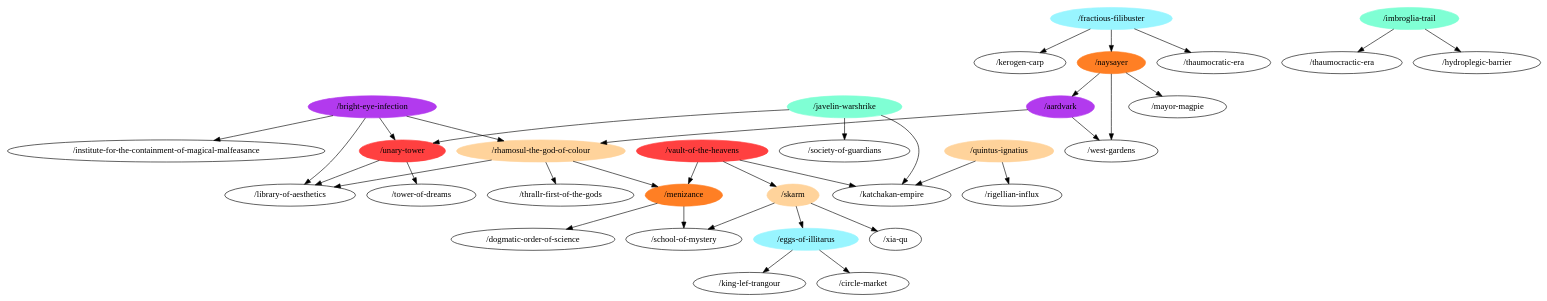
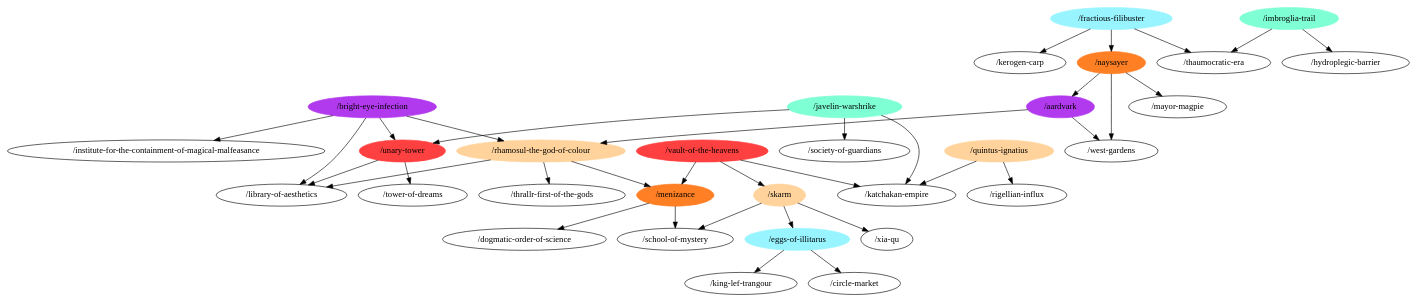
Before and after one commit to m-r-hunt/od117-walker: the diagram in at-general.dot, drawn with Graphviz. The commit also changed 3 other files, not shown here.

Commit message:
Updated graphs.

```diff
--- a/at-general.dot
+++ b/at-general.dot
@@ -1,67 +1,66 @@
 digraph G {
 "/institute-for-the-containment-of-magical-malfeasance";
 "/thrallr-first-of-the-gods";
 "/unary-tower" [color=brown1,style=filled];
 "/kerogen-carp";
 "/skarm" [color=burlywood1,style=filled];
-"/thaumocractic-era";
 "/javelin-warshrike" [color=aquamarine,style=filled];
 "/school-of-mystery";
 "/imbroglia-trail" [color=aquamarine,style=filled];
 "/king-lef-trangour";
 "/rhamosul-the-god-of-colour" [color=burlywood1,style=filled];
 "/eggs-of-illitarus" [color=cadetblue1,style=filled];
 "/naysayer" [color=chocolate1,style=filled];
 "/quintus-ignatius" [color=burlywood1,style=filled];
 "/bright-eye-infection" [color=darkorchid2,style=filled];
 "/society-of-guardians";
 "/vault-of-the-heavens" [color=brown1,style=filled];
 "/west-gardens";
 "/xia-qu";
 "/thaumocratic-era";
 "/mayor-magpie";
 "/tower-of-dreams";
 "/dogmatic-order-of-science";
 "/rigellian-influx";
 "/fractious-filibuster" [color=cadetblue1,style=filled];
 "/hydroplegic-barrier";
 "/library-of-aesthetics";
 "/circle-market";
 "/menizance" [color=chocolate1,style=filled];
 "/katchakan-empire";
 "/aardvark" [color=darkorchid2,style=filled];
 "/unary-tower" -> "/tower-of-dreams";
 "/unary-tower" -> "/library-of-aesthetics";
 "/skarm" -> "/school-of-mystery";
 "/skarm" -> "/eggs-of-illitarus";
 "/skarm" -> "/xia-qu";
 "/javelin-warshrike" -> "/unary-tower";
 "/javelin-warshrike" -> "/society-of-guardians";
 "/javelin-warshrike" -> "/katchakan-empire";
-"/imbroglia-trail" -> "/thaumocractic-era";
+"/imbroglia-trail" -> "/thaumocratic-era";
 "/imbroglia-trail" -> "/hydroplegic-barrier";
 "/rhamosul-the-god-of-colour" -> "/thrallr-first-of-the-gods";
 "/rhamosul-the-god-of-colour" -> "/library-of-aesthetics";
 "/rhamosul-the-god-of-colour" -> "/menizance";
 "/eggs-of-illitarus" -> "/king-lef-trangour";
 "/eggs-of-illitarus" -> "/circle-market";
 "/naysayer" -> "/west-gardens";
 "/naysayer" -> "/mayor-magpie";
 "/naysayer" -> "/aardvark";
 "/quintus-ignatius" -> "/rigellian-influx";
 "/quintus-ignatius" -> "/katchakan-empire";
 "/bright-eye-infection" -> "/institute-for-the-containment-of-magical-malfeasance";
 "/bright-eye-infection" -> "/unary-tower";
 "/bright-eye-infection" -> "/rhamosul-the-god-of-colour";
 "/bright-eye-infection" -> "/library-of-aesthetics";
 "/vault-of-the-heavens" -> "/skarm";
 "/vault-of-the-heavens" -> "/menizance";
 "/vault-of-the-heavens" -> "/katchakan-empire";
 "/fractious-filibuster" -> "/kerogen-carp";
 "/fractious-filibuster" -> "/naysayer";
 "/fractious-filibuster" -> "/thaumocratic-era";
 "/menizance" -> "/school-of-mystery";
 "/menizance" -> "/dogmatic-order-of-science";
 "/aardvark" -> "/rhamosul-the-god-of-colour";
 "/aardvark" -> "/west-gardens";
 }
```
